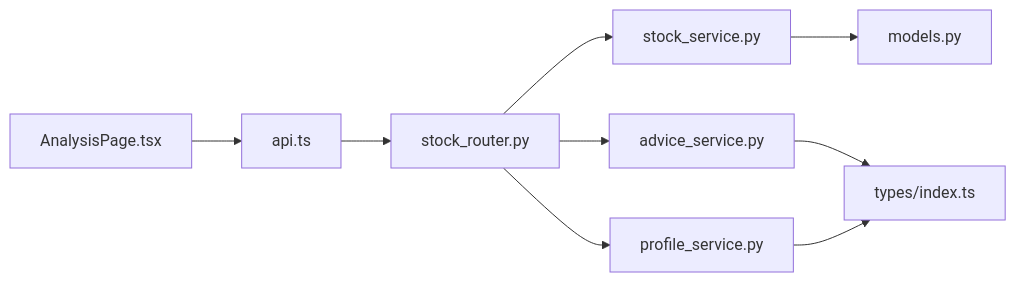
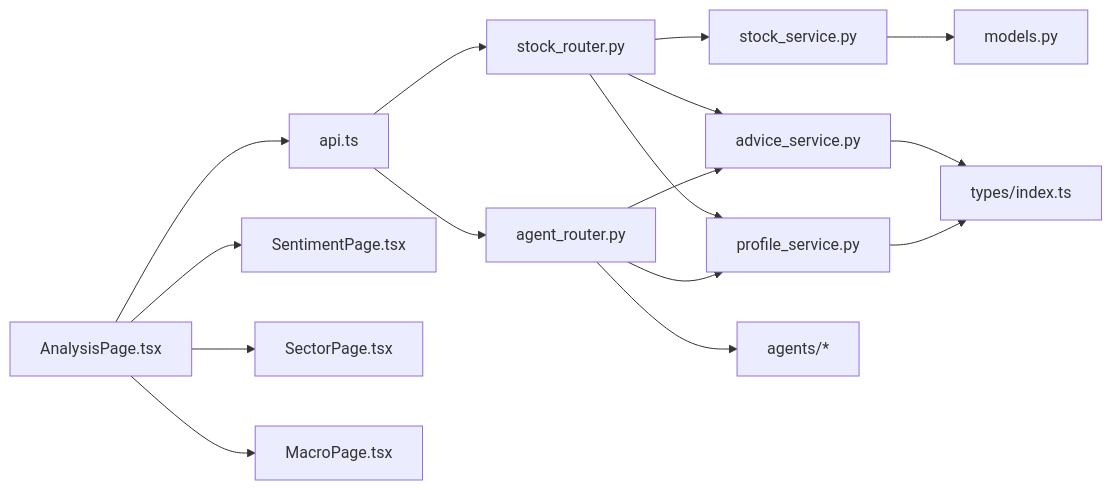
The tenth of 10 diagrams in .qoder/repowiki/zh/content/核心功能/技术面分析系统/技术面分析系统.md (Moruime/stock_foker), drawn with Mermaid before and after one commit. The commit also changed other lines of this file and 52 other files, not shown here.

````diff
--- a/.qoder/repowiki/zh/content/核心功能/技术面分析系统/技术面分析系统.md
+++ b/.qoder/repowiki/zh/content/核心功能/技术面分析系统/技术面分析系统.md
@@ -533,11 +625,18 @@
 ```mermaid
 graph LR
 Router["stock_router.py"] --> StockSvc["stock_service.py"]
 Router --> AdvSvc["advice_service.py"]
 Router --> ProfSvc["profile_service.py"]
+AgentRouter["agent_router.py"] --> AgentSvc["agents/*"]
+AgentRouter --> AdvSvc
+AgentRouter --> ProfSvc
 StockSvc --> DB["models.py"]
 AdvSvc --> Types["types/index.ts"]
 ProfSvc --> Types
 FE["AnalysisPage.tsx"] --> API["api.ts"]
+FE --> SentimentPage["SentimentPage.tsx"]
+FE --> SectorPage["SectorPage.tsx"]
+FE --> MacroPage["MacroPage.tsx"]
 API --> Router
+API --> AgentRouter
 ```
````
